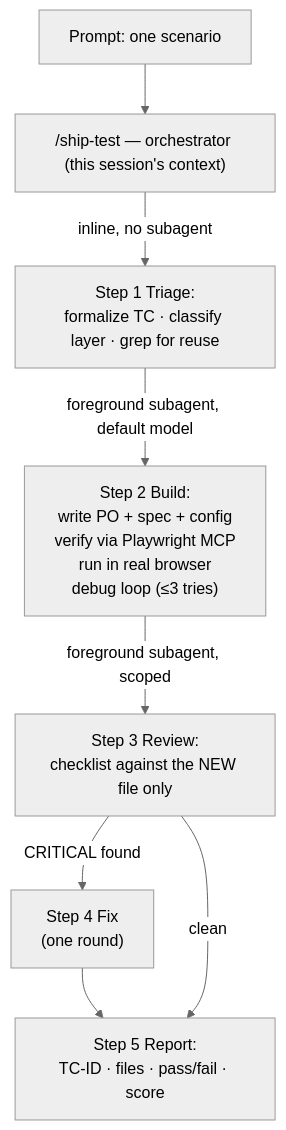
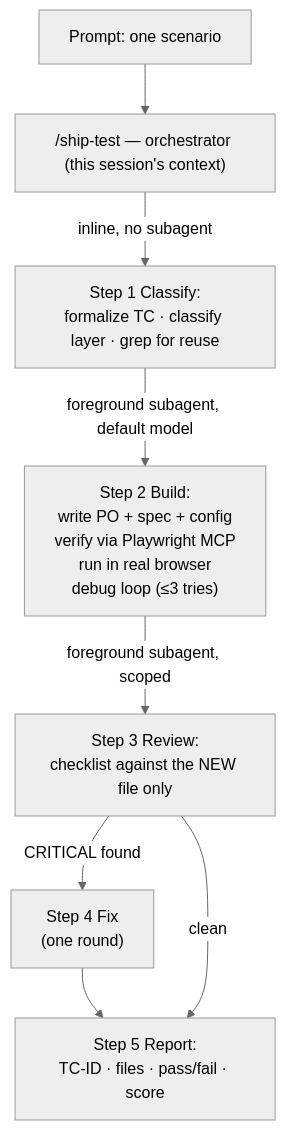
Before and after one commit to saikumarreddyk510-byte/plywrghtTmpt: the first of 2 diagrams in docs/architecture.md, drawn with Mermaid (neutral theme). The commit also changed other lines of this file and 25 other files, not shown here.

First line of the commit message:
Remove the failure-triage flow

````diff
--- a/docs/architecture.md
+++ b/docs/architecture.md
@@ -31,10 +31,10 @@
 ```mermaid
 flowchart TD
     P["Prompt: one scenario"] --> O["/ship-test — orchestrator (this session's context)"]
-    O -->|inline, no subagent| T["Step 1 Triage:\nformalize TC · classify layer · grep for reuse"]
+    O -->|inline, no subagent| T["Step 1 Classify:\nformalize TC · classify layer · grep for reuse"]
     T -->|"foreground subagent, default model"| B["Step 2 Build:\nwrite PO + spec + config\nverify via Playwright MCP\nrun in real browser\ndebug loop (≤3 tries)"]
     B -->|"foreground subagent, scoped"| R["Step 3 Review:\nchecklist against the NEW file only"]
     R -->|CRITICAL found| F["Step 4 Fix\n(one round)"]
     F --> Rep
     R -->|clean| Rep["Step 5 Report:\nTC-ID · files · pass/fail · score"]
 ```
````
